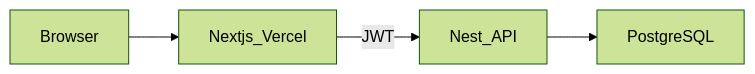
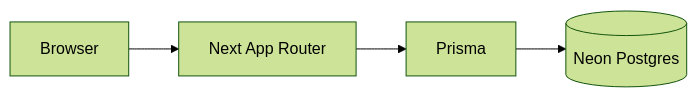
The diagram in README.md (CrisNeyra/pagina-web-ventapc), drawn with Mermaid (forest theme) before and after one commit. The commit also changed other lines of this file and 81 other files, not shown here.

First line of the commit message:
feat: Next+Prisma+Neon como stack unico con API en Route Handlers

````diff
--- a/README.md
+++ b/README.md
@@ -28,10 +28,10 @@
 ```mermaid
 flowchart LR
   browser[Browser]
-  next[Nextjs_Vercel]
-  nest[Nest_API]
-  pg[PostgreSQL]
-  browser --> next
-  next -->|"JWT"| nest
-  nest --> pg
+  nextApp["Next App Router"]
+  prisma[Prisma]
+  neon[(Neon Postgres)]
+  browser --> nextApp
+  nextApp --> prisma
+  prisma --> neon
 ```
````
